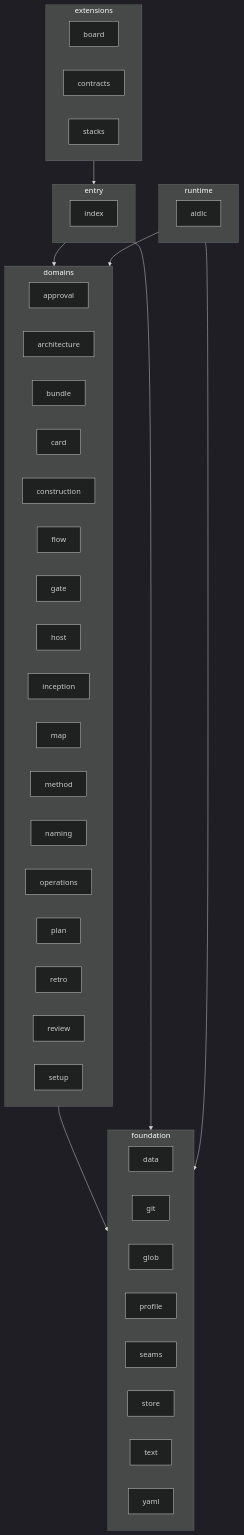
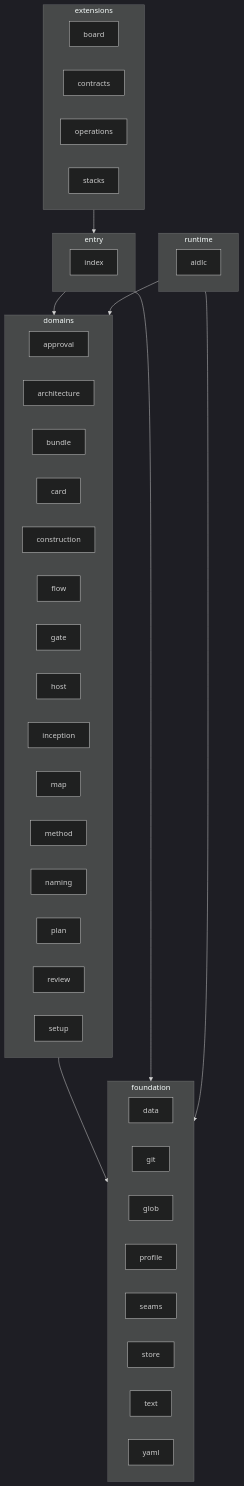
The diagram in docs/design/diagrams/cli-components.md (Scrollout/aidlc-team-plugin), drawn with Mermaid (dark theme) before and after one commit. The commit also changed 12 other files, not shown here.

````diff
--- a/docs/design/diagrams/cli-components.md
+++ b/docs/design/diagrams/cli-components.md
@@ -9,49 +9,48 @@
 ```mermaid
 flowchart TB
   subgraph runtime
     runtime_aidlc[aidlc]
   end
   subgraph extensions
     extensions_board[board]
     extensions_contracts[contracts]
+    extensions_operations[operations]
     extensions_stacks[stacks]
   end
   subgraph entry
     entry_index[index]
   end
   subgraph domains
     domains_approval[approval]
     domains_architecture[architecture]
     domains_bundle[bundle]
     domains_card[card]
     domains_construction[construction]
     domains_flow[flow]
     domains_gate[gate]
     domains_host[host]
     domains_inception[inception]
     domains_map[map]
     domains_method[method]
     domains_naming[naming]
-    domains_operations[operations]
     domains_plan[plan]
-    domains_retro[retro]
     domains_review[review]
     domains_setup[setup]
   end
   subgraph foundation
     foundation_data[data]
     foundation_git[git]
     foundation_glob[glob]
     foundation_profile[profile]
     foundation_seams[seams]
     foundation_store[store]
     foundation_text[text]
     foundation_yaml[yaml]
   end
   domains --> foundation
   entry --> domains
   entry --> foundation
   extensions --> entry
   runtime --> domains
   runtime --> foundation
 ```
````
